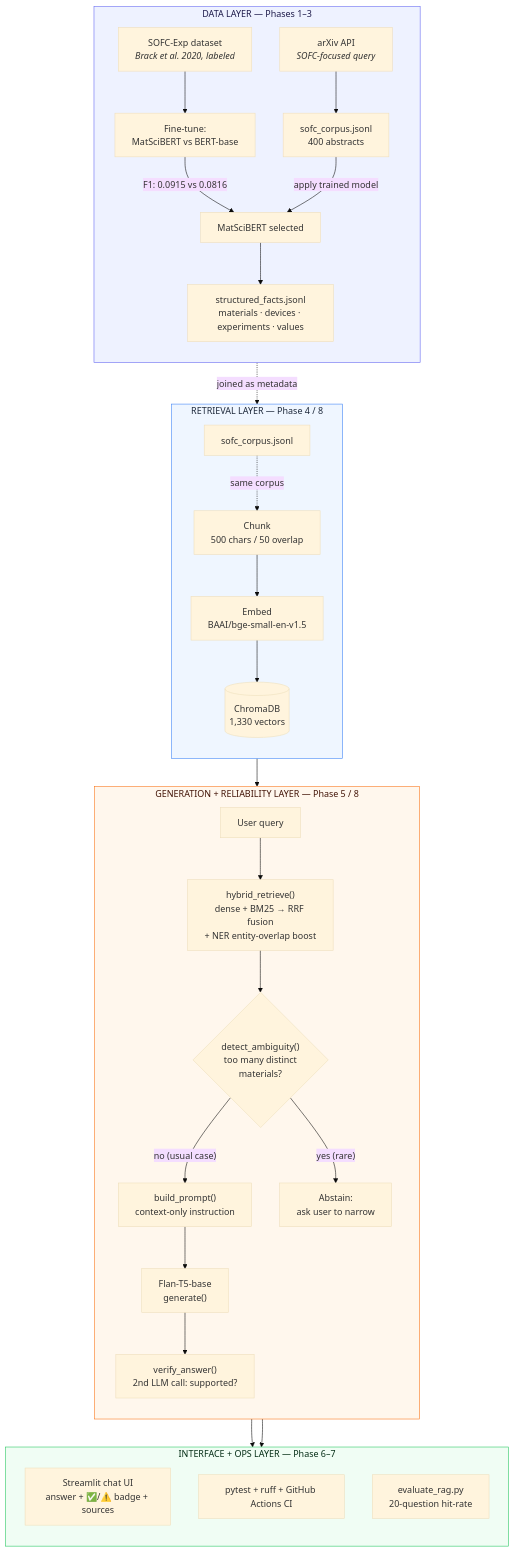
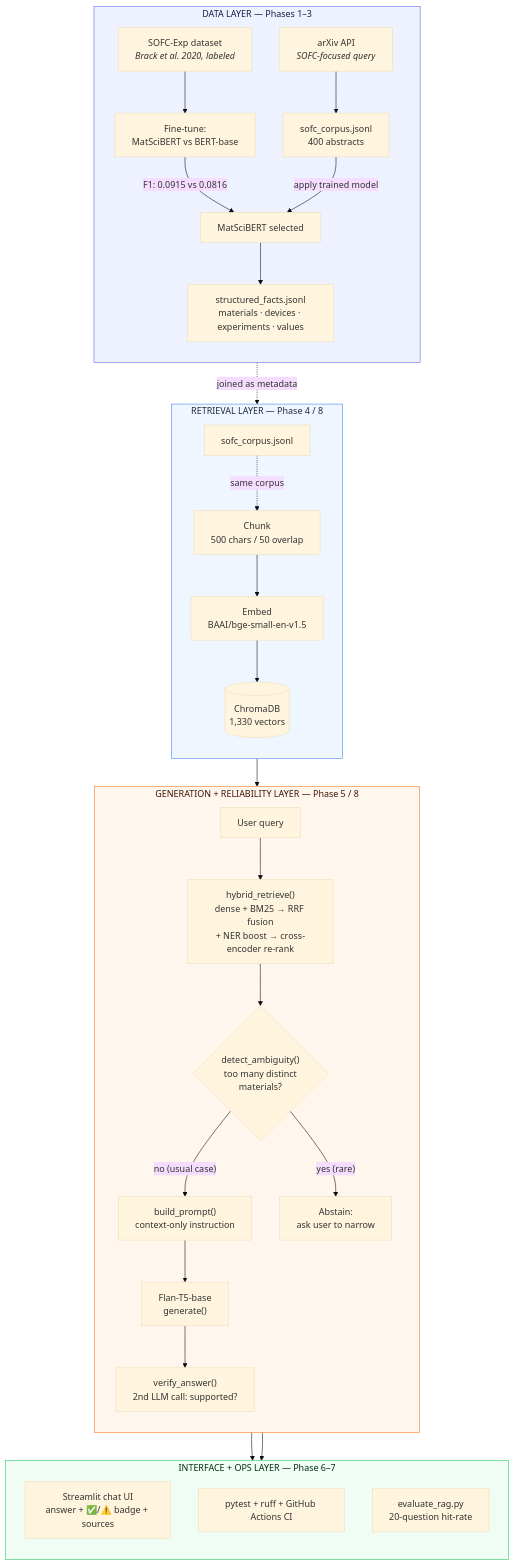
Before and after one commit to Mahakisore7/MatSci-RAG: the first of 3 diagrams in docs/MatSci-RAG-Review.md, drawn with Mermaid (base theme). The commit also changed other lines of this file and 15 other files, not shown here.

First line of the commit message:
feat(rag): cross-encoder re-ranking after hybrid retrieval (ADR-019)

````diff
--- a/docs/MatSci-RAG-Review.md
+++ b/docs/MatSci-RAG-Review.md
@@ -175,45 +175,45 @@
 ```mermaid
 flowchart TB
     subgraph DATA["DATA LAYER — Phases 1–3"]
         direction TB
         arxiv["arXiv API<br/><i>SOFC-focused query</i>"] --> corpus["sofc_corpus.jsonl<br/>400 abstracts"]
         sofcexp["SOFC-Exp dataset<br/><i>Brack et al. 2020, labeled</i>"] --> train["Fine-tune:<br/>MatSciBERT vs BERT-base"]
         train -->|"F1: 0.0915 vs 0.0816"| pick["MatSciBERT selected"]
         corpus -->|"apply trained model"| pick
         pick --> facts["structured_facts.jsonl<br/>materials · devices · experiments · values"]
     end
 
     subgraph RETR["RETRIEVAL LAYER — Phase 4 / 8"]
         direction TB
         corpus2["sofc_corpus.jsonl"] -.->|"same corpus"| chunk["Chunk<br/>500 chars / 50 overlap"]
         facts -.->|"joined as metadata"| chunk
         chunk --> embed["Embed<br/>BAAI/bge-small-en-v1.5"]
         embed --> chroma[("ChromaDB<br/>1,330 vectors")]
     end
 
     subgraph GEN["GENERATION + RELIABILITY LAYER — Phase 5 / 8"]
         direction TB
-        query["User query"] --> hybrid["hybrid_retrieve()<br/>dense + BM25 → RRF fusion<br/>+ NER entity-overlap boost"]
+        query["User query"] --> hybrid["hybrid_retrieve()<br/>dense + BM25 → RRF fusion<br/>+ NER boost → cross-encoder re-rank"]
         chroma --> hybrid
         hybrid --> amb{"detect_ambiguity()<br/>too many distinct<br/>materials?"}
         amb -->|"no (usual case)"| prompt["build_prompt()<br/>context-only instruction"]
         amb -->|"yes (rare)"| abstain["Abstain:<br/>ask user to narrow"]
         prompt --> flant5["Flan-T5-base<br/>generate()"]
         flant5 --> verify["verify_answer()<br/>2nd LLM call: supported?"]
     end
 
     subgraph UI["INTERFACE + OPS LAYER — Phase 6–7"]
         direction TB
         streamlit["Streamlit chat UI<br/>answer + ✅/⚠️ badge + sources"]
         cieval["pytest + ruff + GitHub Actions CI"]
         evalscript["evaluate_rag.py<br/>20-question hit-rate"]
     end
 
     verify --> streamlit
     abstain --> streamlit
 
     style DATA fill:#eef2ff,stroke:#6366f1,color:#1e1b4b
     style RETR fill:#eff6ff,stroke:#3b82f6,color:#1e293b
     style GEN fill:#fff7ed,stroke:#f97316,color:#431407
     style UI fill:#f0fdf4,stroke:#22c55e,color:#052e16
 ```
````
